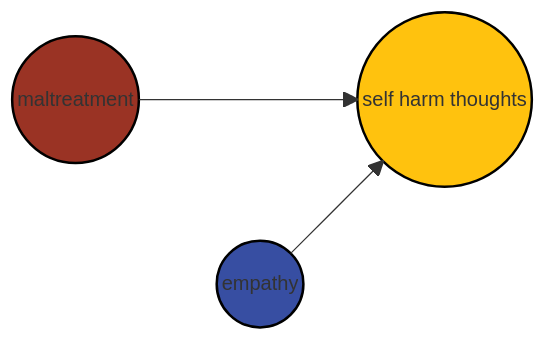
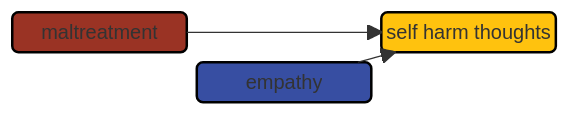
The diagram in empathy/README.md (agrogan1/closeread), drawn with Mermaid before and after one commit.

````diff
--- a/empathy/README.md
+++ b/empathy/README.md
@@ -12,17 +12,17 @@
 ```mermaid
 block
   columns 3
   m space sh
   space   e   space
 
-  m(("maltreatment")) --> sh(("self harm thoughts"))
+  m("maltreatment") --> sh("self harm thoughts")
 
-  e(("empathy")) --> sh
+  e("empathy") --> sh
 
   style m fill:#9A3324,stroke:#000000,stroke-width:2px,color:#FFFFFF;
 
   style e fill:#374EA2,stroke:#000000,stroke-width:2px,color:#FFFFFF;
 
   style sh fill:#FFC20E,stroke:#000000,stroke-width:2px,color:#000000;
 
 ```
````
